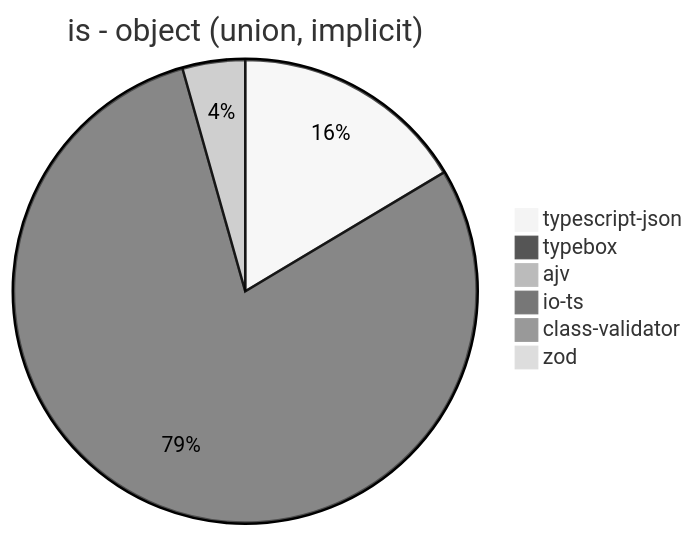
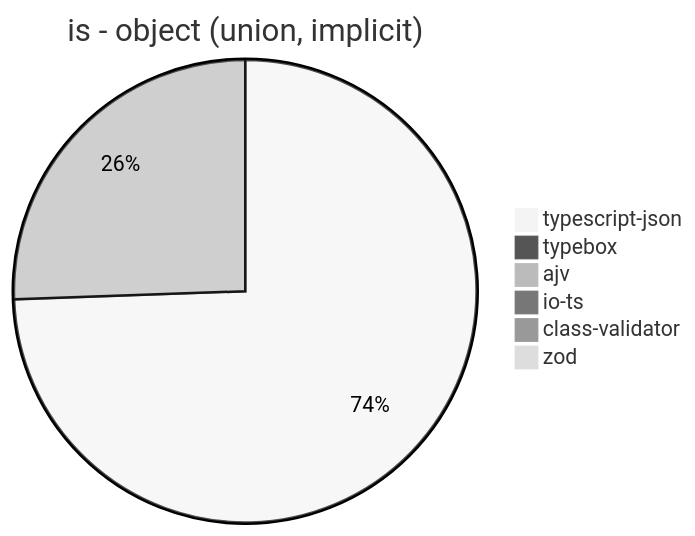
The fourth of 39 diagrams in benchmark/results/AMD Ryzen 9 5900HX with Radeon Graphics.md (samchon/typia), drawn with Mermaid (neutral theme) before and after one commit. The commit also changed other lines of this file and 3 other files, not shown here.

````diff
--- a/benchmark/results/AMD Ryzen 9 5900HX with Radeon Graphics.md
+++ b/benchmark/results/AMD Ryzen 9 5900HX with Radeon Graphics.md
@@ -54,9 +54,9 @@
 ```mermaid
 pie title is - object (union, implicit)
-  "typescript-json": 17898.149749265085
-  "typebox": 86323.00556586271
-  "ajv": 4765.4576207479795
+  "typescript-json": 14110.040755835495
+  "typebox": 0
+  "ajv": 4844.519646550103
   "io-ts": 0
-  "class-validator": 18.185192057895712
-  "zod": 48.03574753304785
+  "class-validator": 17.824663514005092
+  "zod": 19.901440485216074
 ```
````
